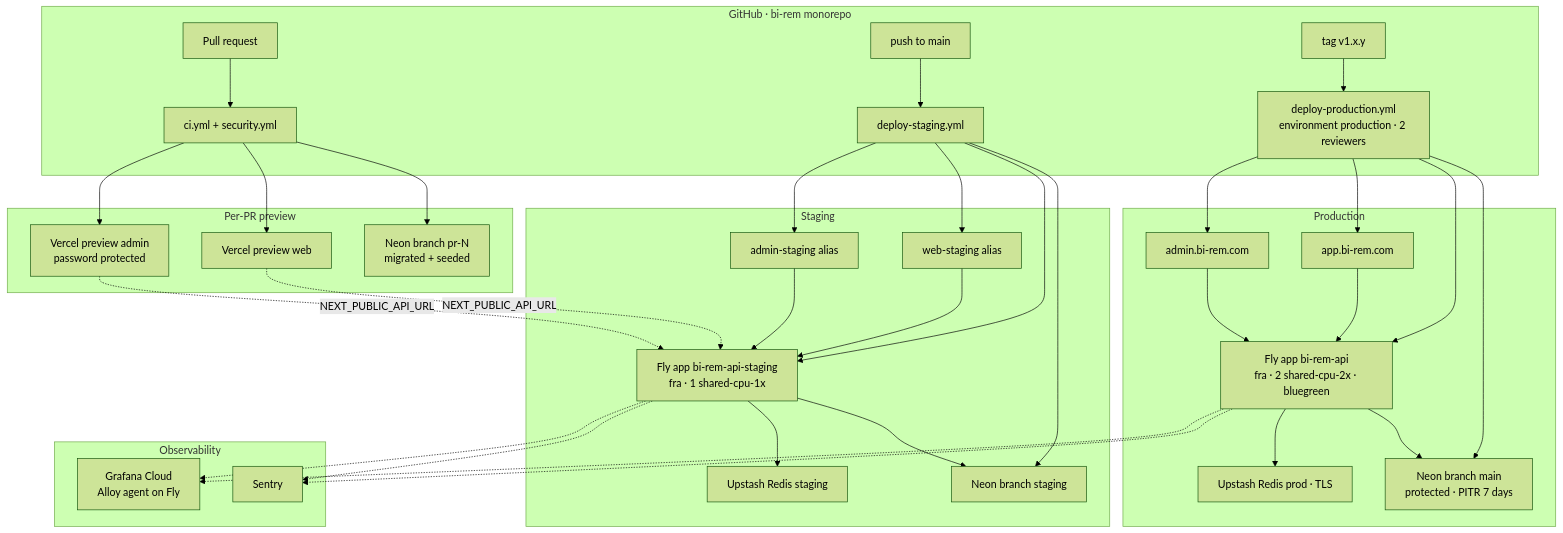
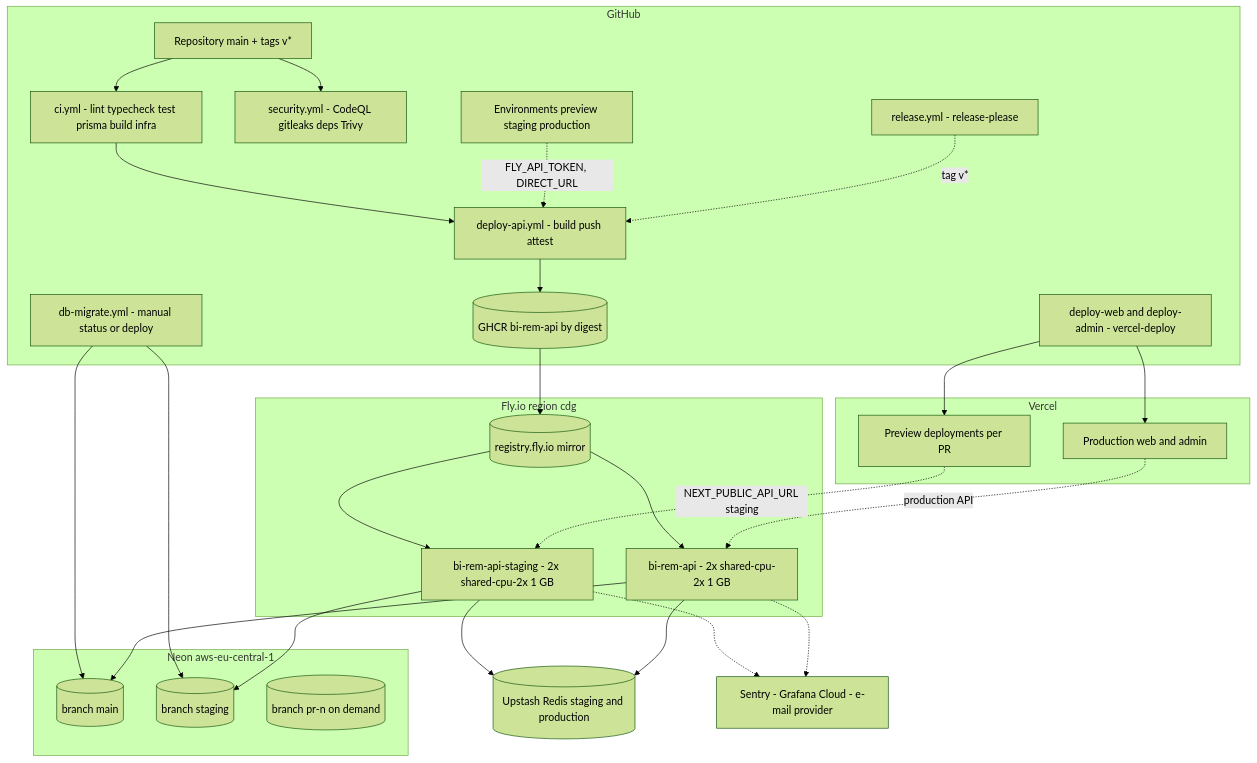
One commit to wouapit999/wouapit999 changed the fourth of 6 diagrams in docs/phases/phase-01-foundation.md. Above: the diagram before and after it, drawn with Mermaid (forest theme). The commit also changed other lines of this file and 5 other files, not shown here.

````diff
--- a/docs/phases/phase-01-foundation.md
+++ b/docs/phases/phase-01-foundation.md
@@ -324,61 +286,54 @@
 ```mermaid
 flowchart TB
-  subgraph GH["GitHub · bi-rem monorepo"]
-    PR["Pull request"] --> CI["ci.yml + security.yml"]
-    MAIN["push to main"] --> STG["deploy-staging.yml"]
-    TAG["tag v1.x.y"] --> PROD["deploy-production.yml<br/>environment production · 2 reviewers"]
+  subgraph gh["GitHub"]
+    repo["Repository main + tags v*"]
+    ci["ci.yml - lint typecheck test prisma build infra"]
+    sec["security.yml - CodeQL gitleaks deps Trivy"]
+    dapi["deploy-api.yml - build push attest"]
+    dweb["deploy-web and deploy-admin - vercel-deploy"]
+    dbm["db-migrate.yml - manual status or deploy"]
+    rel["release.yml - release-please"]
+    ghcr[("GHCR bi-rem-api by digest")]
+    envs["Environments preview staging production"]
   end
 
-  subgraph Preview["Per-PR preview"]
-    NB["Neon branch pr-N<br/>migrated + seeded"]
-    VW["Vercel preview web"]
-    VA["Vercel preview admin<br/>password protected"]
+  subgraph flyio["Fly.io region cdg"]
+    stg["bi-rem-api-staging - 2x shared-cpu-2x 1 GB"]
+    prod["bi-rem-api - 2x shared-cpu-2x 1 GB"]
+    flyreg[("registry.fly.io mirror")]
   end
 
-  subgraph Staging["Staging"]
-    NS["Neon branch staging"]
-    FS["Fly app bi-rem-api-staging<br/>fra · 1 shared-cpu-1x"]
-    RS["Upstash Redis staging"]
-    VWS["web-staging alias"]
-    VAS["admin-staging alias"]
+  subgraph neonc["Neon aws-eu-central-1"]
+    nmain[("branch main")]
+    nstg[("branch staging")]
+    npr[("branch pr-n on demand")]
   end
 
-  subgraph Production["Production"]
-    NP["Neon branch main<br/>protected · PITR 7 days"]
-    FP["Fly app bi-rem-api<br/>fra · 2 shared-cpu-2x · bluegreen"]
-    RP["Upstash Redis prod · TLS"]
-    VWP["app.bi-rem.com"]
-    VAP["admin.bi-rem.com"]
+  subgraph vercelc["Vercel"]
+    vprev["Preview deployments per PR"]
+    vprod["Production web and admin"]
   end
 
-  subgraph Obs["Observability"]
-    SEN["Sentry"]
-    GC["Grafana Cloud<br/>Alloy agent on Fly"]
-  end
+  upstash[("Upstash Redis staging and production")]
+  obs["Sentry - Grafana Cloud - e-mail provider"]
 
-  CI --> NB
-  CI --> VW
-  CI --> VA
-  VW -. "NEXT_PUBLIC_API_URL" .-> FS
-  VA -. "NEXT_PUBLIC_API_URL" .-> FS
-  STG --> NS
-  STG --> FS
-  STG --> VWS
-  STG --> VAS
-  PROD --> NP
-  PROD --> FP
-  PROD --> VWP
-  PROD --> VAP
-  FS --> NS
-  FS --> RS
-  FP --> NP
-  FP --> RP
-  VWS --> FS
-  VAS --> FS
-  VWP --> FP
-  VAP --> FP
-  FS -.-> SEN
-  FP -.-> SEN
-  FS -.-> GC
-  FP -.-> GC
+  repo --> ci --> dapi
+  repo --> sec
+  dapi --> ghcr --> flyreg
+  flyreg --> stg
+  flyreg --> prod
+  envs -. "FLY_API_TOKEN, DIRECT_URL" .-> dapi
+  dweb --> vprev
+  dweb --> vprod
+  dbm --> nstg
+  dbm --> nmain
+  stg --> nstg
+  prod --> nmain
+  vprev -. "NEXT_PUBLIC_API_URL staging" .-> stg
+  vprod -. "production API" .-> prod
+  stg --> upstash
+  prod --> upstash
+  stg -.-> obs
+  prod -.-> obs
+  rel -. "tag v*" .-> dapi
 ```
````
